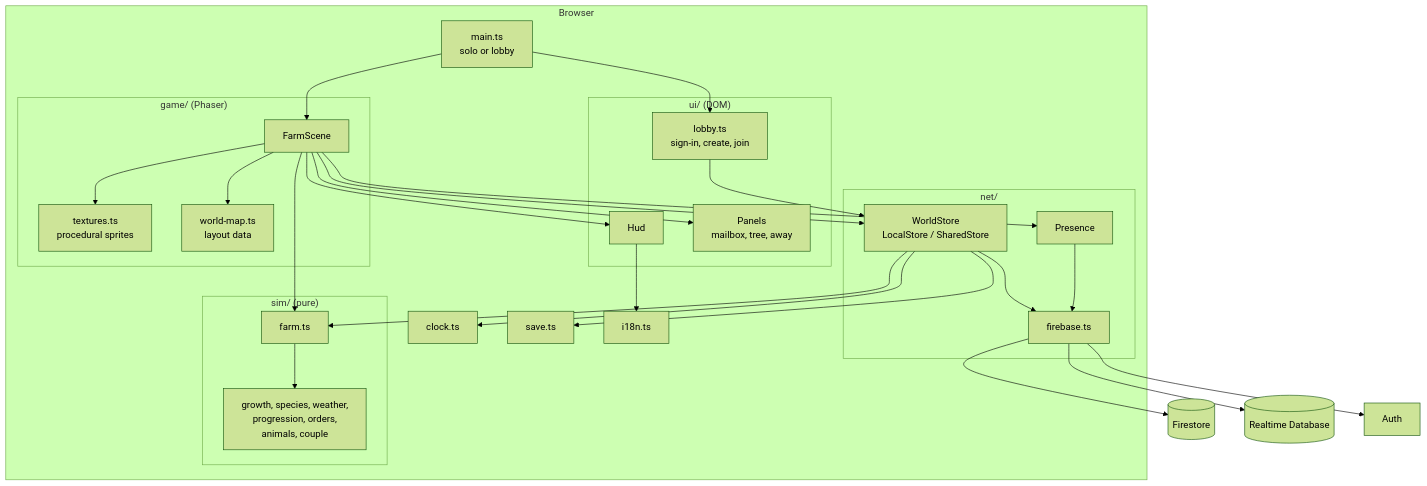
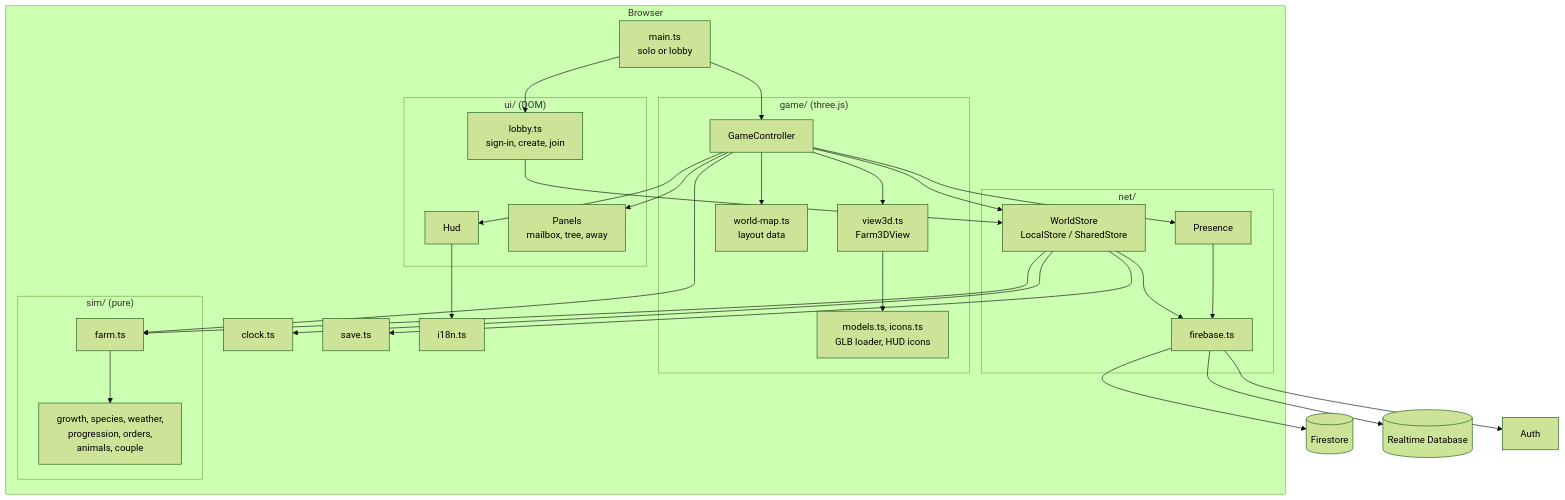
The first of 3 diagrams in docs/architecture.md (pdz1804/vuon-chung), drawn with Mermaid (forest theme) before and after one commit. The commit also changed other lines of this file and 4 other files, not shown here.

````diff
--- a/docs/architecture.md
+++ b/docs/architecture.md
@@ -8,47 +8,49 @@
 ```mermaid
 flowchart TB
   subgraph Browser
     main[main.ts<br/>solo or lobby] --> scene
-    subgraph game ["game/ (Phaser)"]
-      scene[FarmScene]
-      tex[textures.ts<br/>procedural sprites]
+    subgraph game ["game/ (three.js)"]
+      scene[GameController]
+      view[view3d.ts<br/>Farm3DView]
+      mdl[models.ts, icons.ts<br/>GLB loader, HUD icons]
       map[world-map.ts<br/>layout data]
     end
     subgraph ui ["ui/ (DOM)"]
       hud[Hud]
       panels[Panels<br/>mailbox, tree, away]
       lobby[lobby.ts<br/>sign-in, create, join]
     end
     subgraph net ["net/"]
       store[WorldStore<br/>LocalStore / SharedStore]
       pres[Presence]
       fb[firebase.ts]
     end
     subgraph sim ["sim/ (pure)"]
       farm[farm.ts]
       rest[growth, species, weather,<br/>progression, orders,<br/>animals, couple]
     end
     clock[clock.ts]
     save[save.ts]
     i18n[i18n.ts]
     main --> lobby
     lobby --> store
     scene --> hud
     scene --> panels
     scene --> store
     scene --> pres
     scene --> farm
-    scene --> tex
+    scene --> view
+    view --> mdl
     scene --> map
     store --> farm
     store --> save
     store --> clock
     farm --> rest
     hud --> i18n
     store --> fb
     pres --> fb
   end
   fb --> FS[(Firestore)]
   fb --> RT[(Realtime Database)]
   fb --> AU[Auth]
 ```
````
